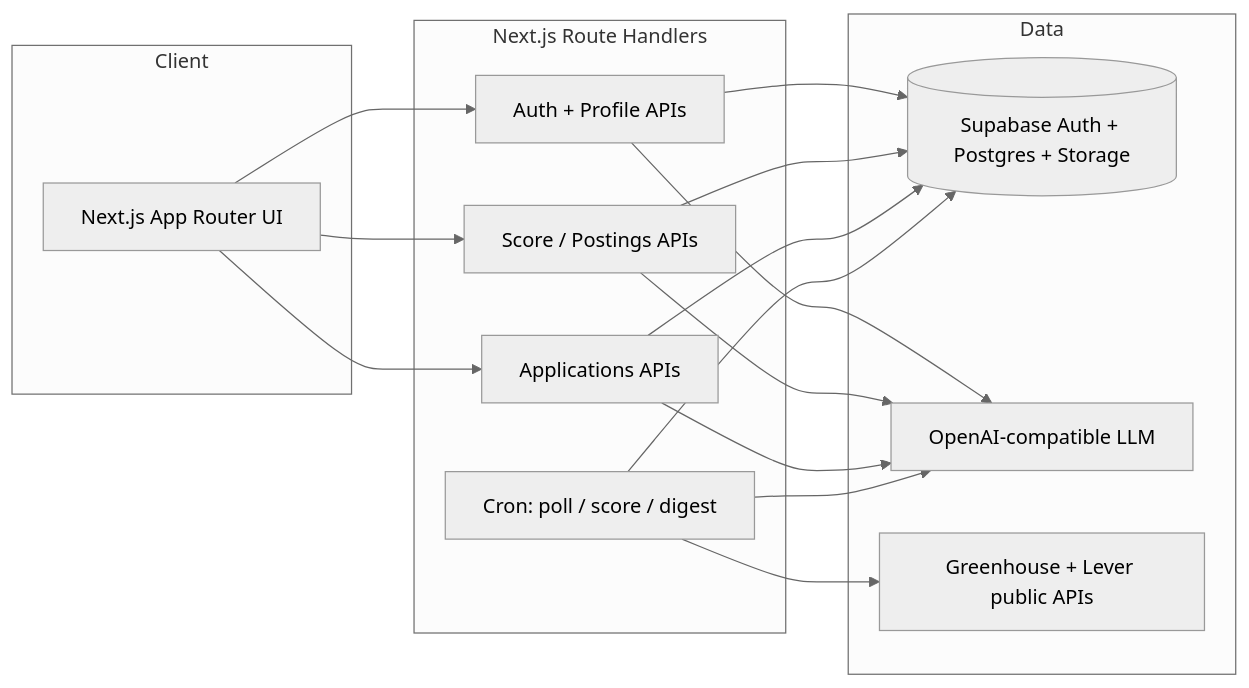
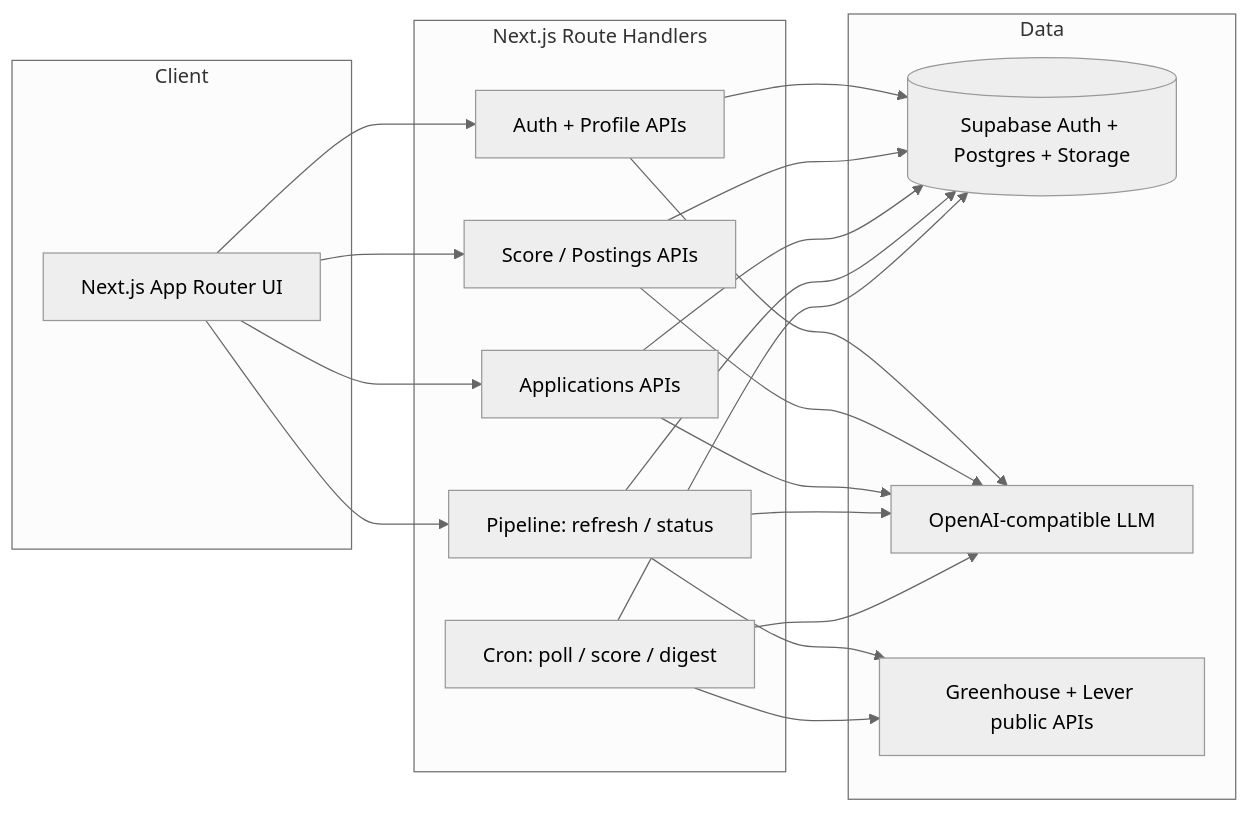
The first of 8 diagrams in docs/03-jobpilot-workflow-zh.md (jxjwilliam/jobPilot), drawn with Mermaid (neutral theme) before and after one commit. The commit also changed other lines of this file and 26 other files, not shown here.

First line of the commit message:
feat: general-purpose job pipeline — auto-refresh, stale expiry, applied filtering, re-scoring

````diff
--- a/docs/03-jobpilot-workflow-zh.md
+++ b/docs/03-jobpilot-workflow-zh.md
@@ -13,32 +13,37 @@
 ```mermaid
 flowchart LR
   subgraph Client
     UI[Next.js App Router UI]
   end
 
   subgraph Server["Next.js Route Handlers"]
     Auth[Auth + Profile APIs]
     ScoreAPI[Score / Postings APIs]
     AppAPI[Applications APIs]
+    Pipeline[Pipeline: refresh / status]
     Cron[Cron: poll / score / digest]
   end
 
   subgraph Data
     SB[(Supabase Auth + Postgres + Storage)]
     LLM[OpenAI-compatible LLM]
     ATS[Greenhouse + Lever public APIs]
   end
 
   UI --> Auth
   UI --> ScoreAPI
   UI --> AppAPI
+  UI --> Pipeline
   Auth --> SB
   Auth --> LLM
   ScoreAPI --> SB
   ScoreAPI --> LLM
   AppAPI --> SB
   AppAPI --> LLM
+  Pipeline --> SB
+  Pipeline --> ATS
+  Pipeline --> LLM
   Cron --> ATS
   Cron --> SB
   Cron --> LLM
 ```
````
